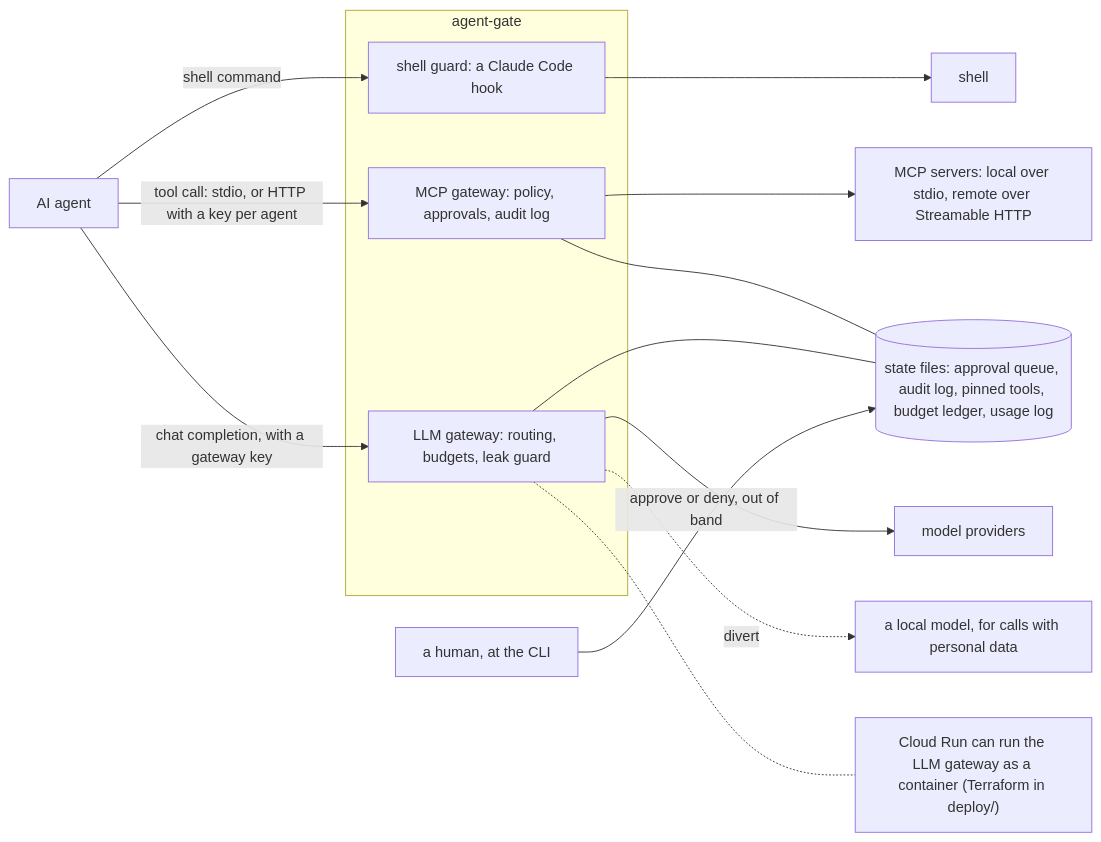
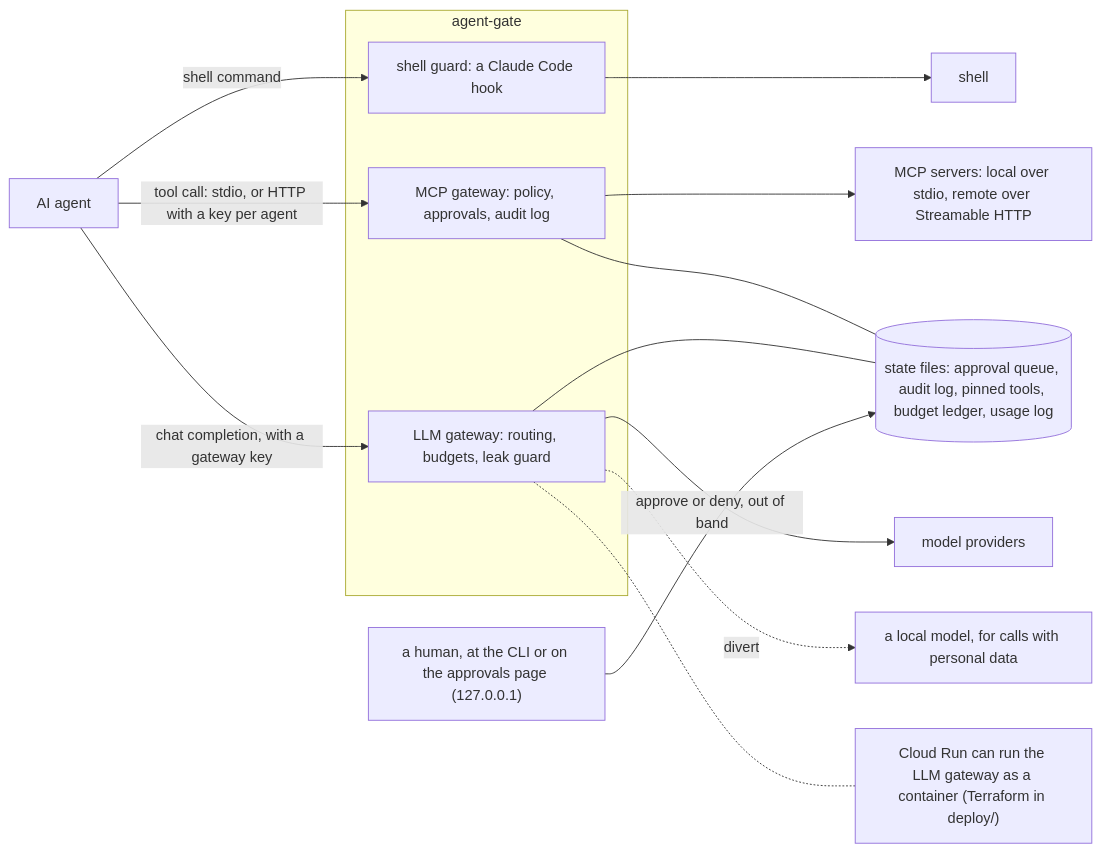
Before and after one commit to bobbyhin/agent-gate: the first of 4 diagrams in README.md, drawn with Mermaid. The commit also changed other lines of this file and 12 other files, not shown here.

First line of the commit message:
annie 8.2: approvals web page (agent-gate approvals ui) — local review and decisions over the CLI's decision code (ADR 0014)

````diff
--- a/README.md
+++ b/README.md
@@ -7,24 +7,24 @@
 ```mermaid
 flowchart LR
   agent["AI agent"]
   subgraph gate["agent-gate"]
     hook["shell guard: a Claude Code hook"]
     mcp["MCP gateway: policy, approvals, audit log"]
     llm["LLM gateway: routing, budgets, leak guard"]
   end
   shell["shell"]
   tools["MCP servers: local over stdio, remote over Streamable HTTP"]
   providers["model providers"]
   localModel["a local model, for calls with personal data"]
   files[("state files: approval queue, audit log, pinned tools, budget ledger, usage log")]
-  human["a human, at the CLI"]
+  human["a human, at the CLI or on the approvals page (127.0.0.1)"]
   cloud["Cloud Run can run the LLM gateway as a container (Terraform in deploy/)"]
   agent -- "shell command" --> hook --> shell
   agent -- "tool call: stdio, or HTTP with a key per agent" --> mcp --> tools
   agent -- "chat completion, with a gateway key" --> llm --> providers
   llm -.->|"divert"| localModel
   mcp --- files
   llm --- files
   human -- "approve or deny, out of band" --> files
   llm -.- cloud
 ```
````
